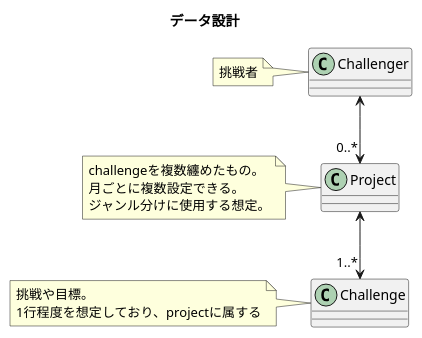
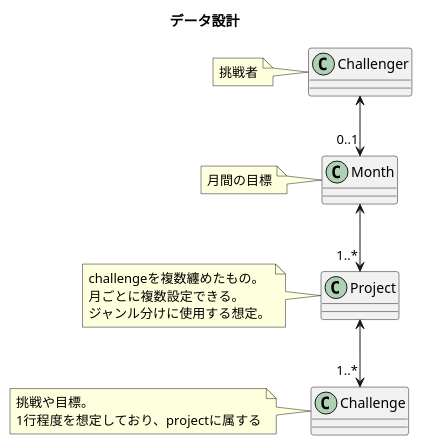
Before and after one commit to challenge-every-month/cem-app: the diagram in modeling/data.puml, drawn with PlantUML.

Commit message:
docs: 中間層の月間を追加

```diff
--- a/modeling/data.puml
+++ b/modeling/data.puml
@@ -1,13 +1,16 @@
 @startuml
 title データ設計
 class Challenger
 note left:挑戦者
+class Month
+note left: 月間の目標
 class Project
 note left: challengeを複数纏めたもの。\n月ごとに複数設定できる。\nジャンル分けに使用する想定。
 class Challenge
 note left: 挑戦や目標。\n1行程度を想定しており、projectに属する
 
-Challenger <--> "0..*"Project
+Challenger <-->"0..1" Month
+Month <-->"1..*"Project
 Project <--> "1..*" Challenge
 
 @enduml
```
